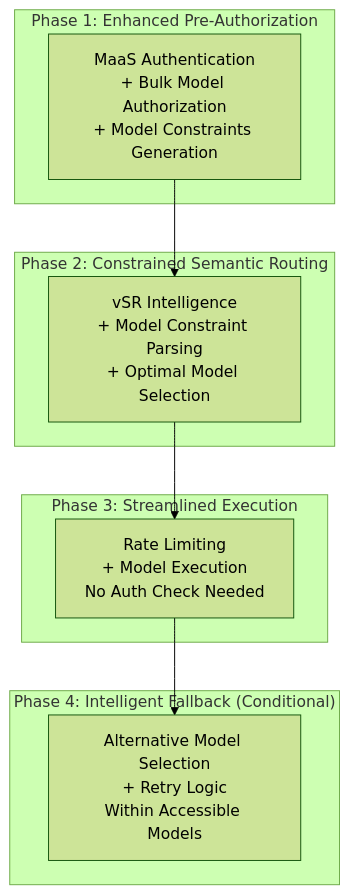
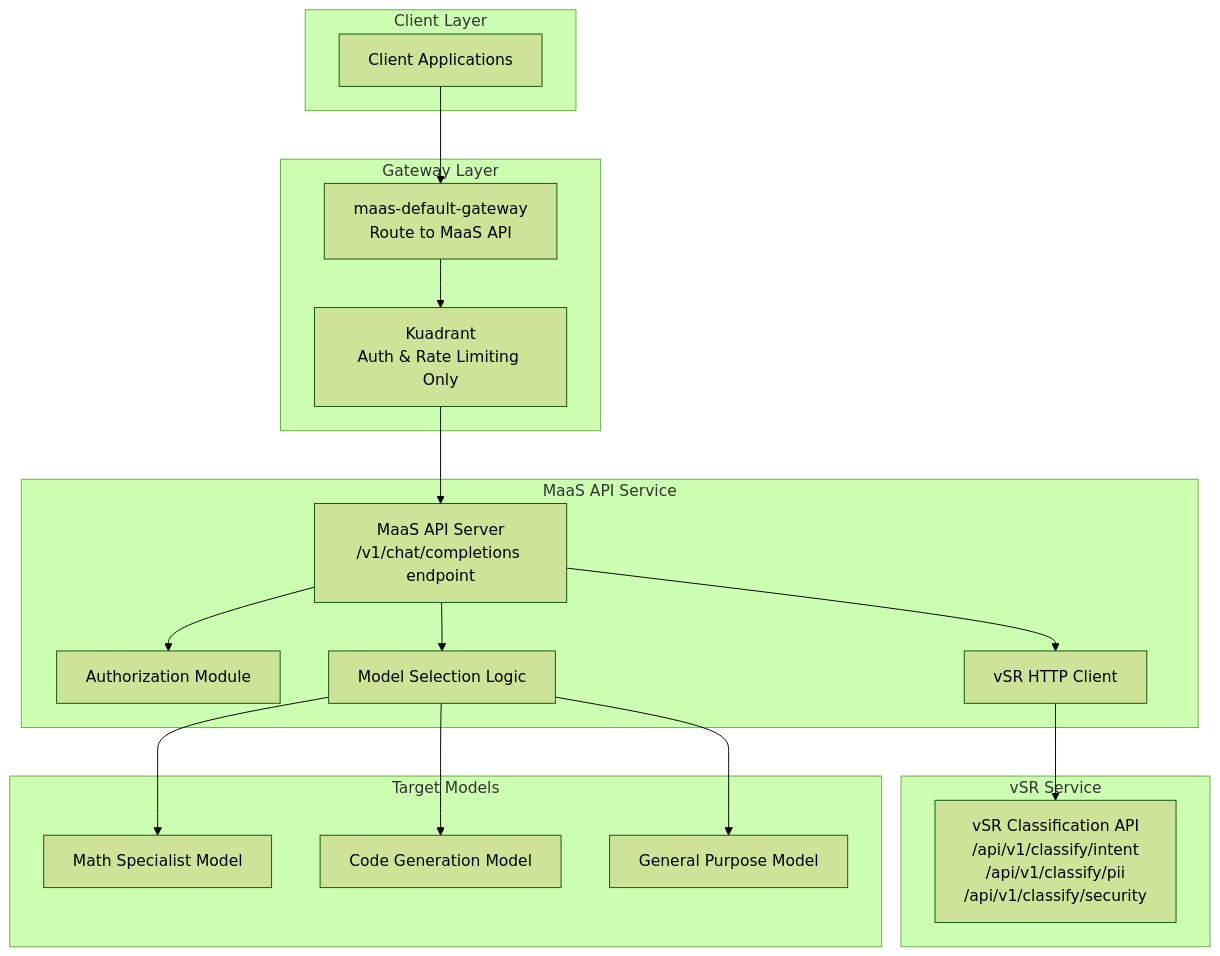
The fourth of 5 diagrams in docs/designs/vSR-Integration/README.md (noyitz/maas-billing), drawn with Mermaid (forest theme) before and after one commit. The commit also changed other lines of this file, not shown here.

First line of the commit message:
Pivot to centralized MaaS API architecture for vSR integration

````diff
--- a/docs/designs/vSR-Integration/README.md
+++ b/docs/designs/vSR-Integration/README.md
@@ -234,22 +235,41 @@
 ```mermaid
 graph TB
-    subgraph "Phase 1: Enhanced Pre-Authorization"
-        P1[MaaS Authentication<br/>+ Bulk Model Authorization<br/>+ Model Constraints Generation]
+    subgraph "Client Layer"
+        Client[Client Applications]
     end
     
-    subgraph "Phase 2: Constrained Semantic Routing"
-        P2[vSR Intelligence<br/>+ Model Constraint Parsing<br/>+ Optimal Model Selection]
+    subgraph "Gateway Layer" 
+        Gateway[maas-default-gateway<br/>Route to MaaS API]
+        Kuadrant[Kuadrant<br/>Auth & Rate Limiting Only]
     end
     
-    subgraph "Phase 3: Streamlined Execution"
-        P3[Rate Limiting<br/>+ Model Execution<br/>No Auth Check Needed]
+    subgraph "MaaS API Service"
+        MaaSAPI[MaaS API Server<br/>/v1/chat/completions endpoint]
+        AuthCheck[Authorization Module]
+        VSRClient[vSR HTTP Client]
+        ModelRouter[Model Selection Logic]
     end
     
-    subgraph "Phase 4: Intelligent Fallback (Conditional)"
-        P4[Alternative Model Selection<br/>+ Retry Logic<br/>Within Accessible Models]
+    subgraph "vSR Service"
+        VSRService[vSR Classification API<br/>/api/v1/classify/intent<br/>/api/v1/classify/pii<br/>/api/v1/classify/security]
     end
     
-    P1 --> P2
-    P2 --> P3
-    P3 --> P4
+    subgraph "Target Models"
+        Model1[Math Specialist Model]
+        Model2[Code Generation Model] 
+        Model3[General Purpose Model]
+    end
+    
+    Client --> Gateway
+    Gateway --> Kuadrant
+    Kuadrant --> MaaSAPI
+    
+    MaaSAPI --> AuthCheck
+    MaaSAPI --> VSRClient
+    VSRClient --> VSRService
+    MaaSAPI --> ModelRouter
+    
+    ModelRouter --> Model1
+    ModelRouter --> Model2
+    ModelRouter --> Model3
 ```
````
